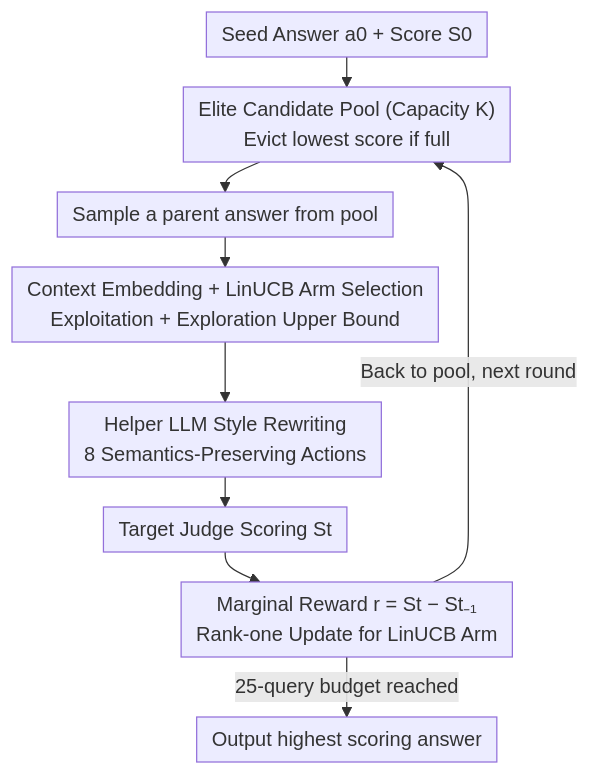
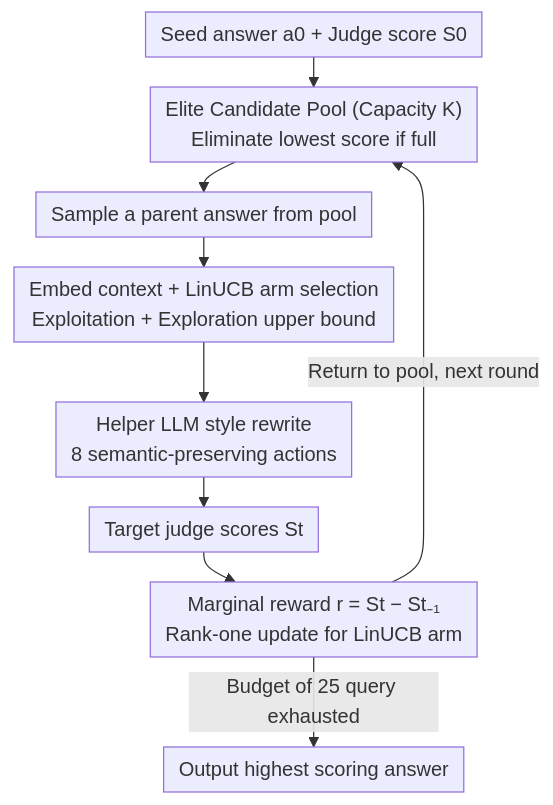
Before and after one commit to zhaoyang97/Paper-Notes-en: the diagram in docs/ICML2026/reinforcement_learning/turning_bias_into_bugs_bandit-guided_style_manipulation_attacks_on_llm_judges.md, drawn with Mermaid. The commit also changed other lines of this file and 5084 other files, not shown here.

````diff
--- a/docs/ICML2026/reinforcement_learning/turning_bias_into_bugs_bandit-guided_style_manipulation_attacks_on_llm_judges.md
+++ b/docs/ICML2026/reinforcement_learning/turning_bias_into_bugs_bandit-guided_style_manipulation_attacks_on_llm_judges.md
@@ -44,12 +44,12 @@
 ```mermaid
 %%{init: {'flowchart': {'rankSpacing': 24, 'nodeSpacing': 28, 'padding': 6, 'wrappingWidth': 400}}}%%
 flowchart TD
-    A["Seed Answer a0 + Score S0"] --> P["Elite Candidate Pool (Capacity K)<br/>Evict lowest score if full"]
+    A["Seed answer a0 + Judge score S0"] --> P["Elite Candidate Pool (Capacity K)<br/>Eliminate lowest score if full"]
     P --> S["Sample a parent answer from pool"]
-    S --> U["Context Embedding + LinUCB Arm Selection<br/>Exploitation + Exploration Upper Bound"]
-    U --> R["Helper LLM Style Rewriting<br/>8 Semantics-Preserving Actions"]
-    R --> J["Target Judge Scoring St"]
-    J --> M["Marginal Reward r = St − St₋₁<br/>Rank-one Update for LinUCB Arm"]
-    M -->|Back to pool, next round| P
-    M -->|25-query budget reached| O["Output highest scoring answer"]
+    S --> U["Embed context + LinUCB arm selection<br/>Exploitation + Exploration upper bound"]
+    U --> R["Helper LLM style rewrite<br/>8 semantic-preserving actions"]
+    R --> J["Target judge scores St"]
+    J --> M["Marginal reward r = St − St₋₁<br/>Rank-one update for LinUCB arm"]
+    M -->|Return to pool, next round| P
+    M -->|Budget of 25 query exhausted| O["Output highest scoring answer"]
 ```
````
